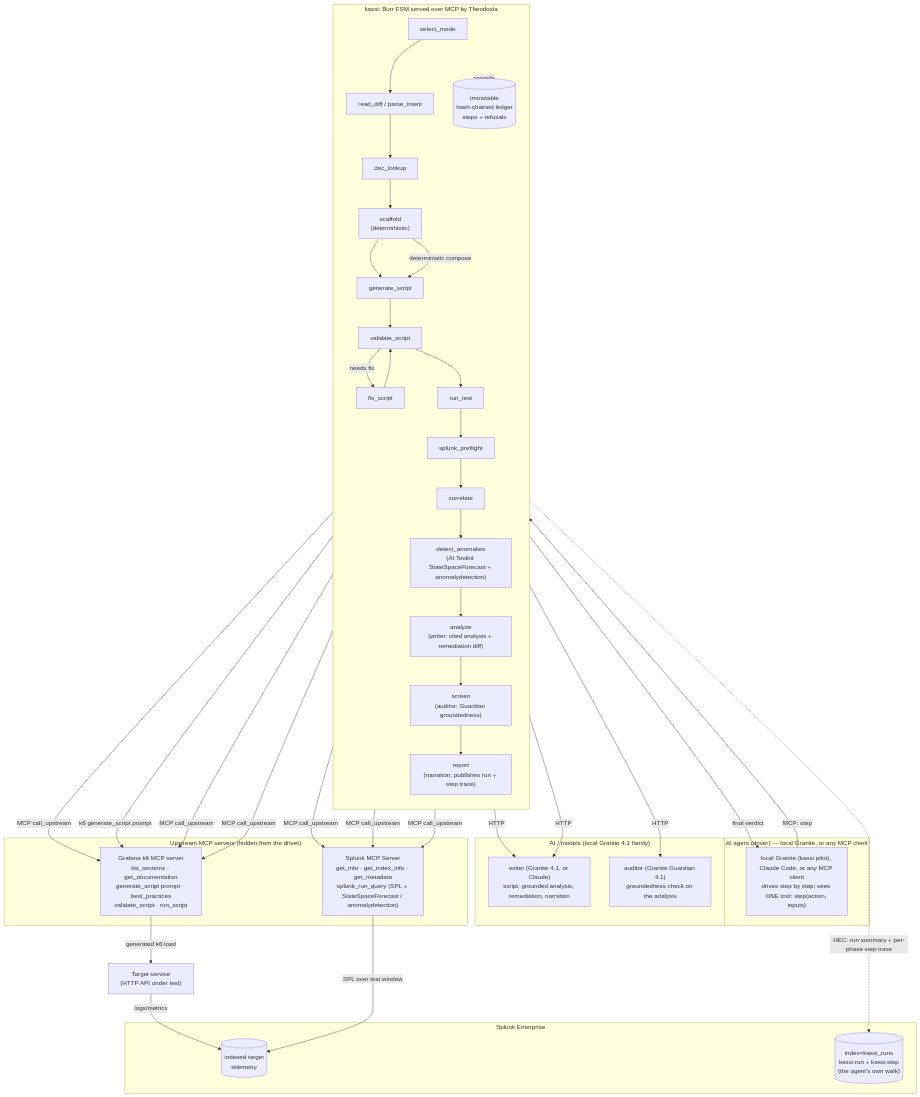
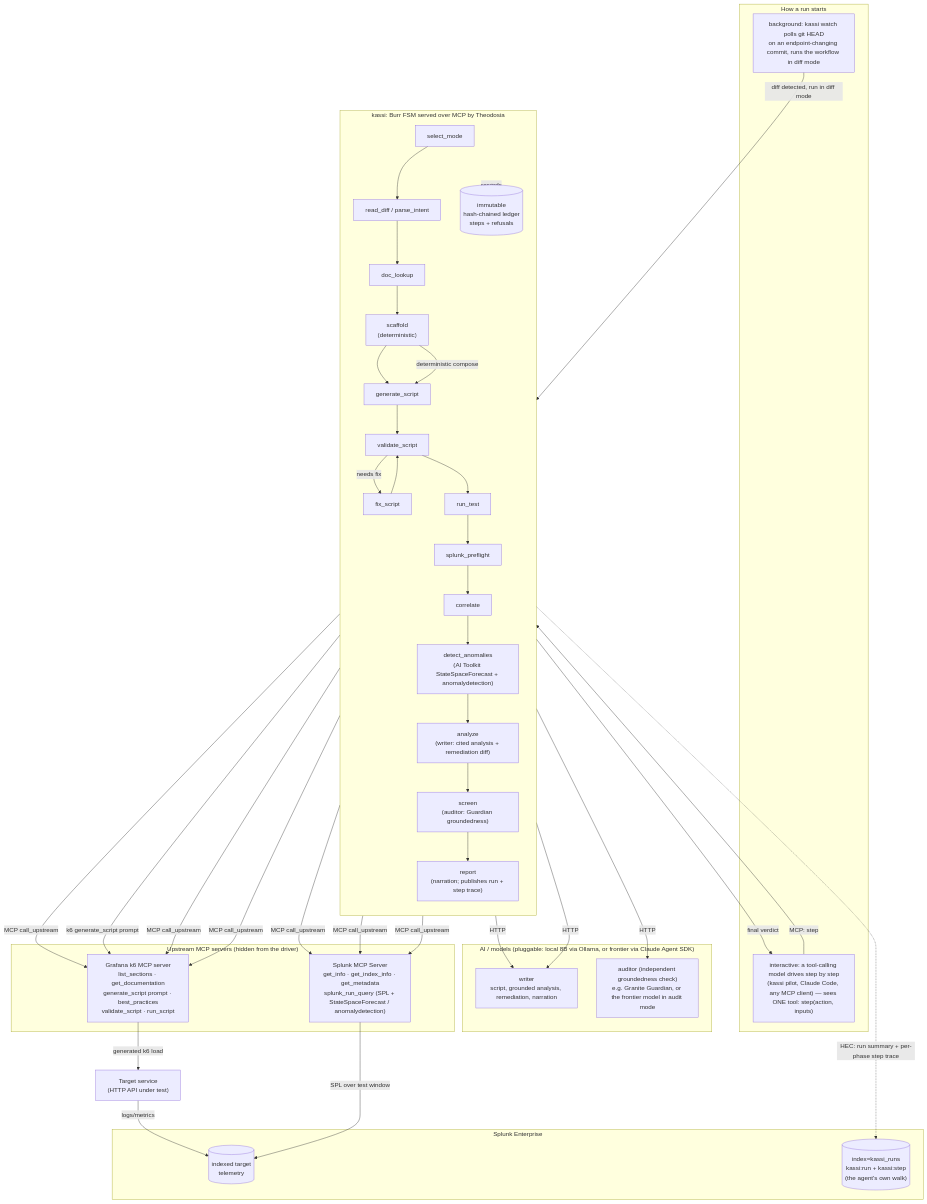
Before and after one commit to msradam/kassi: the diagram in architecture_diagram.md, drawn with Mermaid. The commit also changed other lines of this file and 2 other files, not shown here.

First line of the commit message:
docs: document kassi watch and refresh the model backends

````diff
--- a/architecture_diagram.md
+++ b/architecture_diagram.md
@@ -9,61 +11,63 @@
 ```mermaid
 flowchart TB
-    subgraph Driver["AI agent (driver) — local Granite, or any MCP client"]
-        A["local Granite (kassi pilot), Claude Code, or any MCP client<br/>drives step by step; sees ONE tool: step(action, inputs)"]
+    subgraph Entry["How a run starts"]
+        A["interactive: a tool-calling model drives step by step<br/>(kassi pilot, Claude Code, any MCP client) — sees ONE tool: step(action, inputs)"]
+        W["background: kassi watch polls git HEAD<br/>on an endpoint-changing commit, runs the workflow in diff mode"]
     end
 
     subgraph kassi["kassi: Burr FSM served over MCP by Theodosia"]
         direction TB
         SM["select_mode"] --> RD["read_diff / parse_intent"]
         RD --> DL["doc_lookup"]
         DL --> SC["scaffold<br/>(deterministic)"]
         SC --> GS["generate_script"]
         GS --> VS["validate_script"]
         VS -->|needs fix| FX["fix_script"]
         FX --> VS
         VS --> RT["run_test"]
         RT --> PF["splunk_preflight"]
         PF --> CO["correlate"]
         CO --> DA["detect_anomalies<br/>(AI Toolkit StateSpaceForecast + anomalydetection)"]
         DA --> AN["analyze<br/>(writer: cited analysis + remediation diff)"]
         AN --> SCR["screen<br/>(auditor: Guardian groundedness)"]
         SCR --> RP["report<br/>(narration; publishes run + step trace)"]
         LEDGER[("immutable<br/>hash-chained ledger<br/>steps + refusals")]
     end
 
-    subgraph AI["AI / models (local Granite 4.1 family)"]
-        LLM["writer (Granite 4.1, or Claude)<br/>script, grounded analysis, remediation, narration"]
-        GUARD["auditor (Granite Guardian 4.1)<br/>groundedness check on the analysis"]
+    subgraph AI["AI / models (pluggable: local 8B via Ollama, or frontier via Claude Agent SDK)"]
+        LLM["writer<br/>script, grounded analysis, remediation, narration"]
+        GUARD["auditor (independent groundedness check)<br/>e.g. Granite Guardian, or the frontier model in audit mode"]
     end
 
     subgraph Upstreams["Upstream MCP servers (hidden from the driver)"]
         K6["Grafana k6 MCP server<br/>list_sections · get_documentation<br/>generate_script prompt · best_practices<br/>validate_script · run_script"]
         SPL["Splunk MCP Server<br/>get_info · get_index_info · get_metadata<br/>splunk_run_query (SPL + StateSpaceForecast / anomalydetection)"]
     end
 
     subgraph Splunk["Splunk Enterprise"]
         IDX[("indexed target<br/>telemetry")]
         RUNIDX[("index=kassi_runs<br/>kassi:run + kassi:step<br/>(the agent's own walk)")]
     end
 
     TARGET["Target service<br/>(HTTP API under test)"]
 
     A -->|MCP: step| SM
+    W -->|diff detected, run in diff mode| SM
     kassi -.records.-> LEDGER
     DL -->|MCP call_upstream| K6
     SC -->|deterministic compose| GS
     GS -->|k6 generate_script prompt| K6
     GS -->|HTTP| LLM
     AN -->|HTTP| LLM
     SCR -->|HTTP| GUARD
     VS -->|MCP call_upstream| K6
     RT -->|MCP call_upstream| K6
     K6 -->|generated k6 load| TARGET
     TARGET -->|logs/metrics| IDX
     PF -->|MCP call_upstream| SPL
     CO -->|MCP call_upstream| SPL
     DA -->|MCP call_upstream| SPL
     SPL -->|SPL over test window| IDX
     RP -->|final verdict| A
     RP -.->|HEC: run summary + per-phase step trace| RUNIDX
 ```
````
